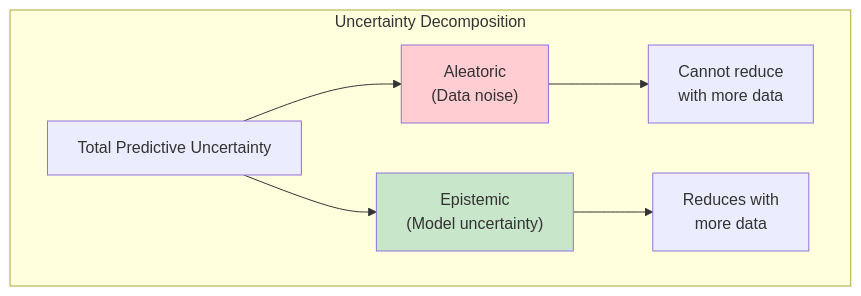
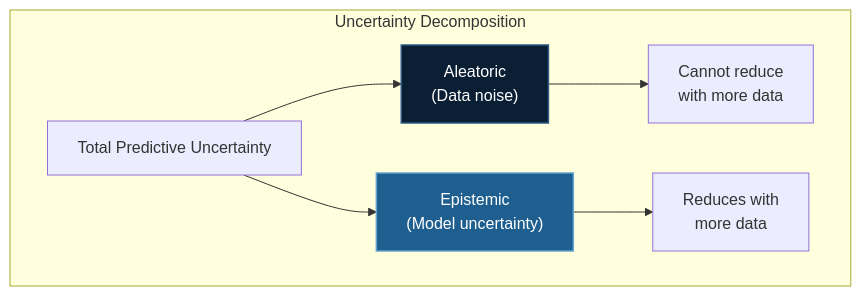
One commit to yiqiao-yin/deepspeed-course changed the sixth of 10 diagrams in docusaurus-docs/docs/tutorials/intermediate/bayesian-nn.md. Above: the diagram before and after it, drawn with Mermaid. The commit also changed other lines of this file and 12 other files, not shown here.

````diff
--- a/docusaurus-docs/docs/tutorials/intermediate/bayesian-nn.md
+++ b/docusaurus-docs/docs/tutorials/intermediate/bayesian-nn.md
@@ -294,17 +294,17 @@
 ```mermaid
 graph TB
     subgraph "Uncertainty Decomposition"
         TOTAL["Total Predictive Uncertainty"]
         ALEA["Aleatoric<br/>(Data noise)"]
         EPIS["Epistemic<br/>(Model uncertainty)"]
 
         TOTAL --> ALEA
         TOTAL --> EPIS
 
         ALEA --> ALEA_EX["Cannot reduce<br/>with more data"]
         EPIS --> EPIS_EX["Reduces with<br/>more data"]
     end
 
-    style ALEA fill:#ffcdd2
-    style EPIS fill:#c8e6c9
+    style ALEA fill:#0a1f33,stroke:#2d5a86,stroke-width:1.5px,color:#ffffff
+    style EPIS fill:#1e5f8f,stroke:#63a3d0,stroke-width:1.5px,color:#ffffff
 ```
````
